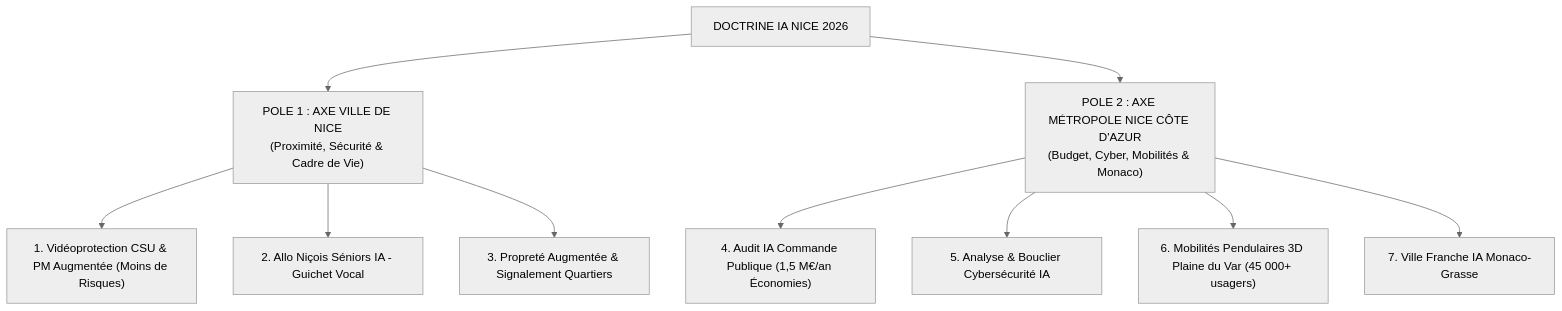
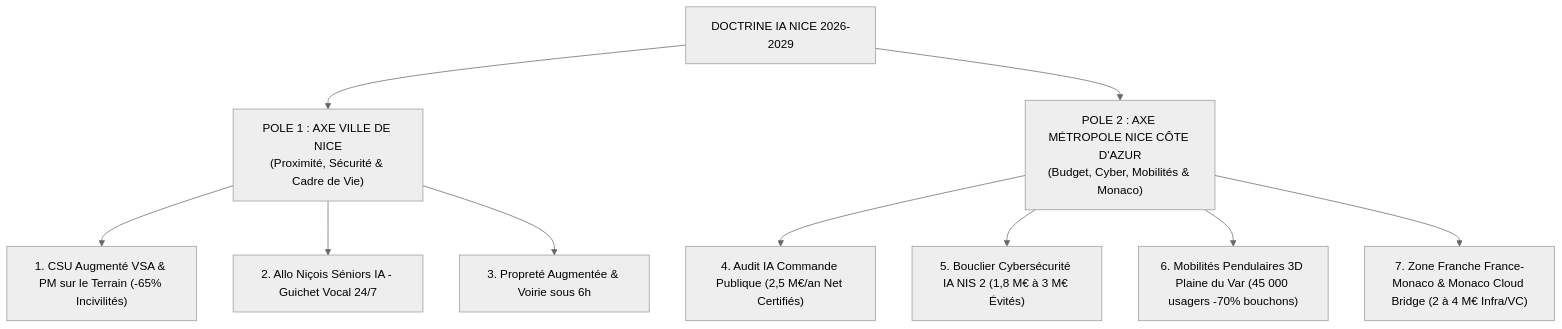
Before and after one commit to benoit-sigwald/Nice: the diagram in Note_de_Position_Nice_IA_Ciotti.md, drawn with Mermaid (neutral theme). The commit also changed other lines of this file, not shown here.

Commit message:
Justify all metrics in Position Note (-65% incivilities example, 2.5M audit, 1.8M cyber, 2M Monaco) and update title

````diff
--- a/Note_de_Position_Nice_IA_Ciotti.md
+++ b/Note_de_Position_Nice_IA_Ciotti.md
@@ -21,14 +25,14 @@
 ```mermaid
 flowchart TD
-    A["DOCTRINE IA NICE 2026"] --> B["POLE 1 : AXE VILLE DE NICE<br/>(Proximité, Sécurité & Cadre de Vie)"]
+    A["DOCTRINE IA NICE 2026-2029"] --> B["POLE 1 : AXE VILLE DE NICE<br/>(Proximité, Sécurité & Cadre de Vie)"]
     A --> C["POLE 2 : AXE MÉTROPOLE NICE CÔTE D'AZUR<br/>(Budget, Cyber, Mobilités & Monaco)"]
 
-    B --> B1["1. Vidéoprotection CSU & PM Augmentée (Moins de Risques)"]
-    B --> B2["2. Allo Niçois Séniors IA - Guichet Vocal"]
-    B --> B3["3. Propreté Augmentée & Signalement Quartiers"]
+    B --> B1["1. CSU Augmenté VSA & PM sur le Terrain (-65% Incivilités)"]
+    B --> B2["2. Allo Niçois Séniors IA - Guichet Vocal 24/7"]
+    B --> B3["3. Propreté Augmentée & Voirie sous 6h"]
 
-    C --> C1["4. Audit IA Commande Publique (1,5 M€/an Économies)"]
-    C --> C2["5. Analyse & Bouclier Cybersécurité IA"]
-    C --> C3["6. Mobilités Pendulaires 3D Plaine du Var (45 000+ usagers)"]
-    C --> C4["7. Ville Franche IA Monaco-Grasse"]
+    C --> C1["4. Audit IA Commande Publique (2,5 M€/an Net Certifiés)"]
+    C --> C2["5. Bouclier Cybersécurité IA NIS 2 (1,8 M€ à 3 M€ Évités)"]
+    C --> C3["6. Mobilités Pendulaires 3D Plaine du Var (45 000 usagers -70% bouchons)"]
+    C --> C4["7. Zone Franche France-Monaco & Monaco Cloud Bridge (2 à 4 M€ Infra/VC)"]
 ```
````
